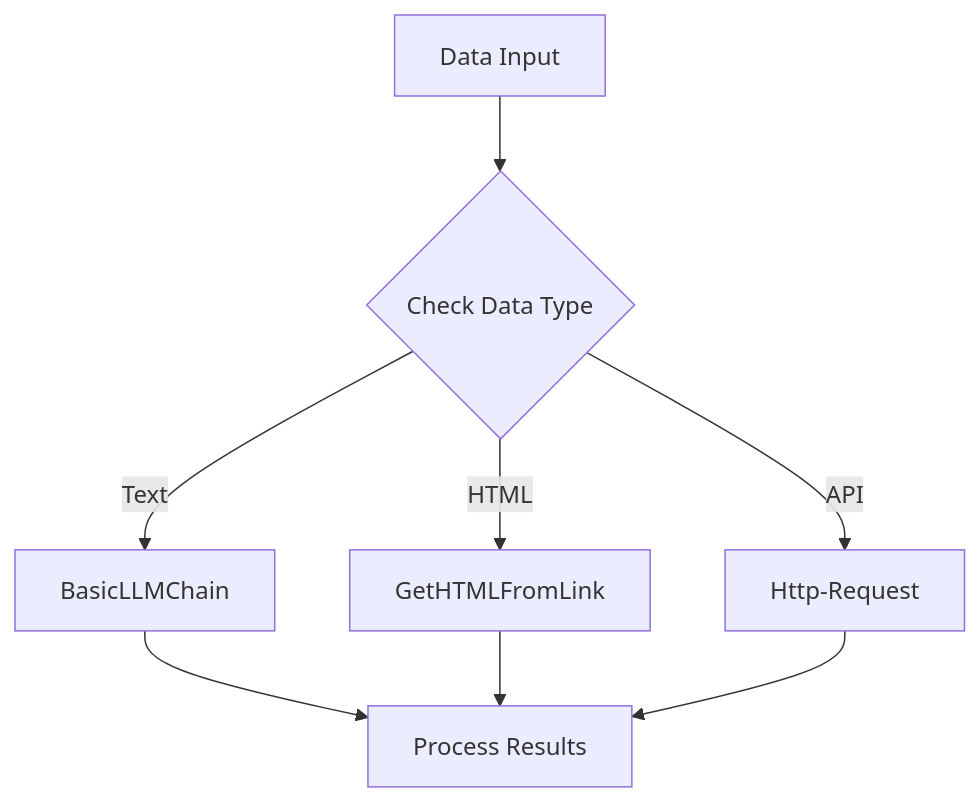
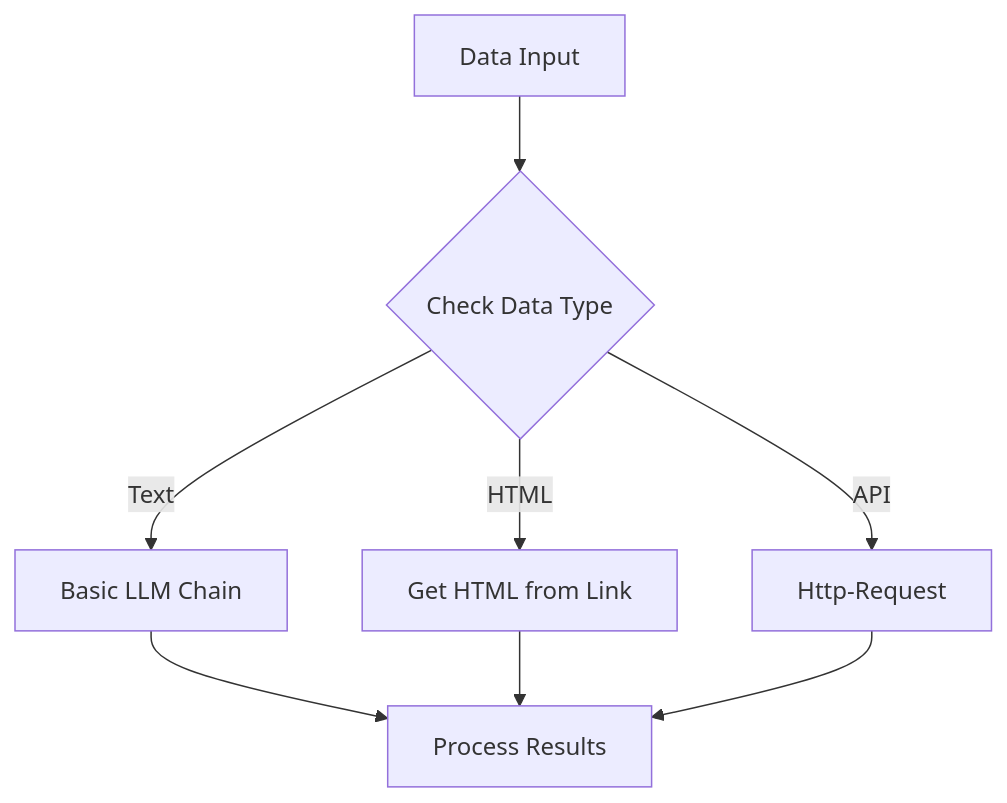
The fourth of 4 diagrams in src/content/docs/advanced-ai/concepts/tool-selection.mdx (agentic-com/Agentic-Flow-Doc), drawn with Mermaid before and after one commit. The commit also changed other lines of this file and 186 other files, not shown here.

````diff
--- a/src/content/docs/advanced-ai/concepts/tool-selection.mdx
+++ b/src/content/docs/advanced-ai/concepts/tool-selection.mdx
@@ -124,10 +124,10 @@
 ```mermaid
 graph TD
     Input[Data Input] --> Check{Check Data Type}
-    Check -->|Text| TextTool[BasicLLMChain]
-    Check -->|HTML| HTMLTool[GetHTMLFromLink]
+    Check -->|Text| TextTool[Basic LLM Chain]
+    Check -->|HTML| HTMLTool[Get HTML from Link]
     Check -->|API| APITool[Http-Request]
     TextTool --> Process[Process Results]
     HTMLTool --> Process
     APITool --> Process
 ```
````
